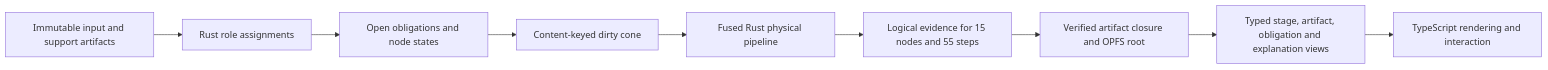
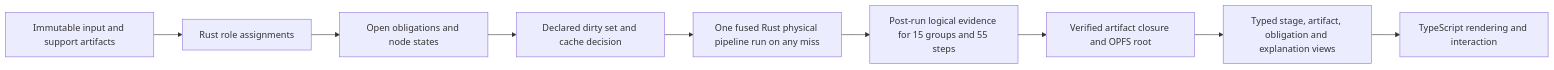
One commit to uzaira0/chronicle-android-raw-data-preprocessing-app changed the diagram in docs/semantic-federation/production-proof.md. Above: the diagram before and after it, drawn with Mermaid. The commit also changed other lines of this file and 11 other files, not shown here.

````diff
--- a/docs/semantic-federation/production-proof.md
+++ b/docs/semantic-federation/production-proof.md
@@ -28,14 +36,14 @@
 ```mermaid
 flowchart LR
     I["Immutable input and support artifacts"]
     A["Rust role assignments"]
     O["Open obligations and node states"]
-    K["Content-keyed dirty cone"]
-    P["Fused Rust physical pipeline"]
-    E["Logical evidence for 15 nodes and 55 steps"]
+    K["Declared dirty set and cache decision"]
+    P["One fused Rust physical pipeline run on any miss"]
+    E["Post-run logical evidence for 15 groups and 55 steps"]
     C["Verified artifact closure and OPFS root"]
     V["Typed stage, artifact, obligation and explanation views"]
     U["TypeScript rendering and interaction"]
 
     I --> A --> O --> K --> P --> E --> C --> V --> U
 ```
````
